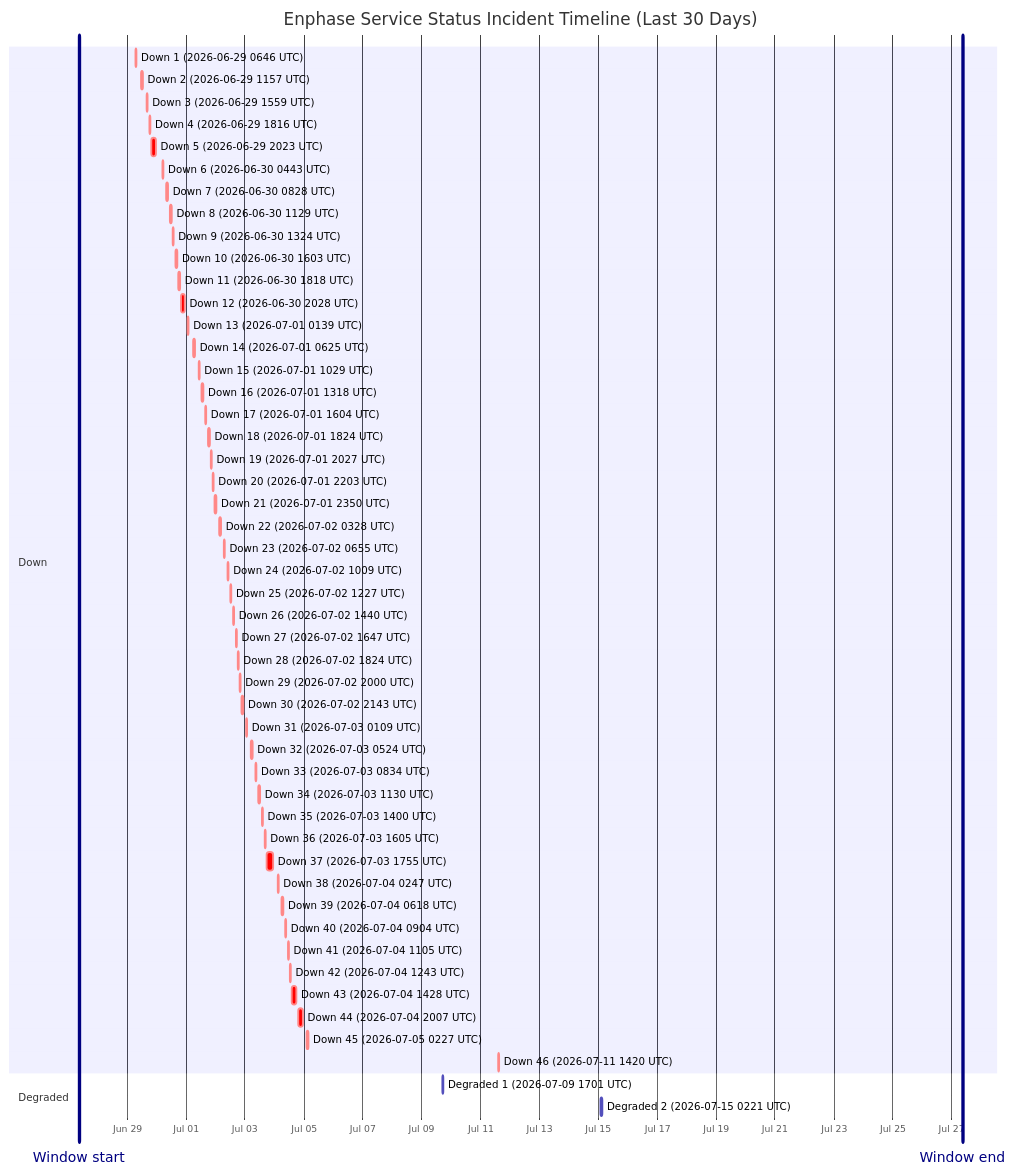
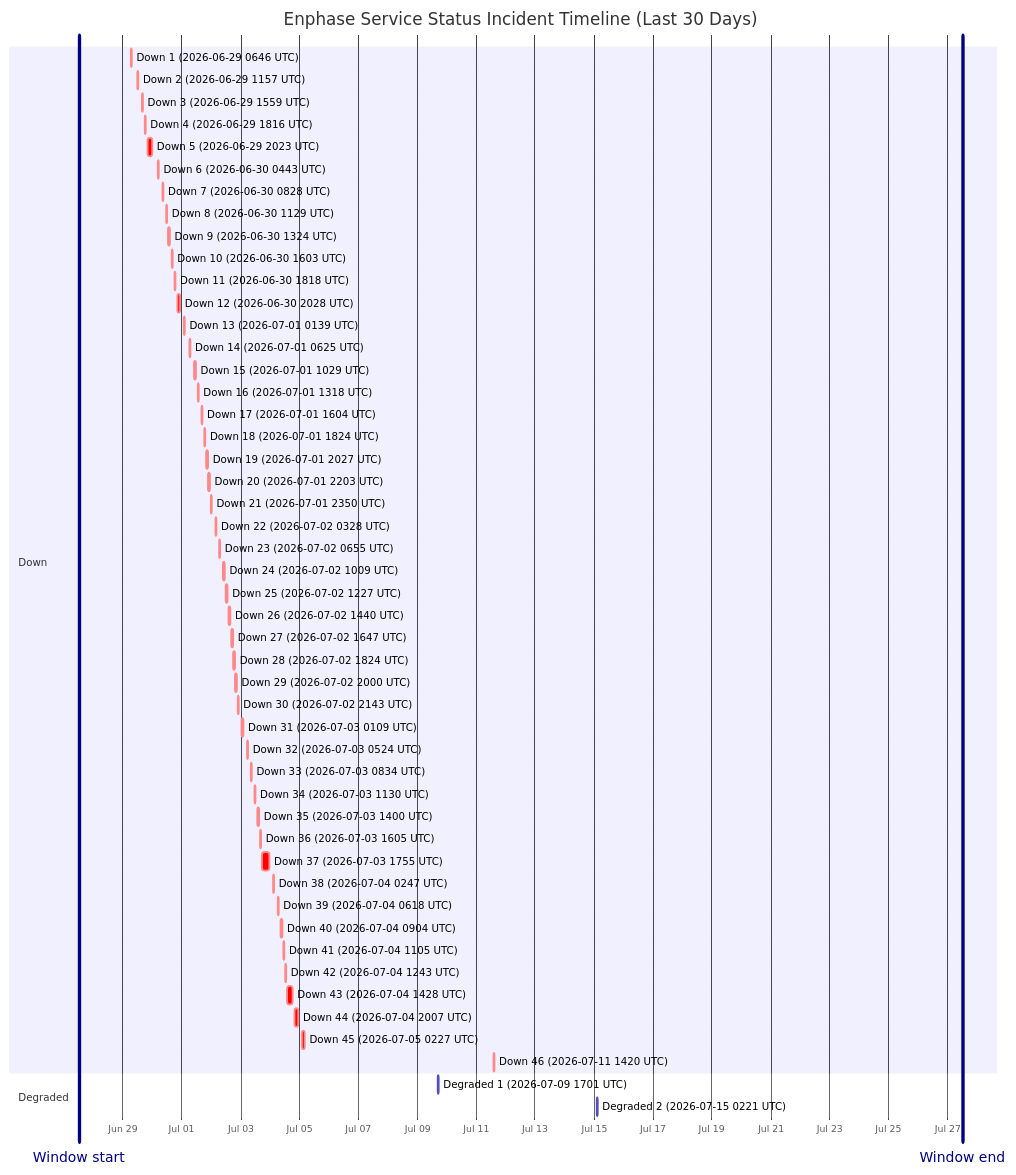
The diagram in wiki/Service-Status-History.md (barneyonline/ha-enphase-energy), drawn with Mermaid before and after one commit. The commit also changed other lines of this file and 3 other files, not shown here.

````diff
--- a/wiki/Service-Status-History.md
+++ b/wiki/Service-Status-History.md
@@ -14,58 +14,58 @@
 ```mermaid
 gantt
     title Enphase Service Status Incident Timeline (Last 30 Days)
     dateFormat  YYYY-MM-DDTHH:mm:ss
     axisFormat  %b %d
-    Window start :vert, window-start, 2026-06-27T08:53:46, 0ms
-    Window end :vert, window-end, 2026-07-27T08:53:46, 0ms
+    Window start :vert, window-start, 2026-06-27T12:21:17, 0ms
+    Window end :vert, window-end, 2026-07-27T12:21:17, 0ms
     section Down
     Down 1 (2026-06-29 0646 UTC) :crit, down-1, 2026-06-29T06:46:18, 60m
     Down 2 (2026-06-29 1157 UTC) :crit, down-2, 2026-06-29T11:57:36, 60m
     Down 3 (2026-06-29 1559 UTC) :crit, down-3, 2026-06-29T15:59:02, 60m
     Down 4 (2026-06-29 1816 UTC) :crit, down-4, 2026-06-29T18:16:38, 60m
     Down 5 (2026-06-29 2023 UTC) :crit, down-5, 2026-06-29T20:23:16, 220m
     Down 6 (2026-06-30 0443 UTC) :crit, down-6, 2026-06-30T04:43:54, 60m
     Down 7 (2026-06-30 0828 UTC) :crit, down-7, 2026-06-30T08:28:43, 60m
     Down 8 (2026-06-30 1129 UTC) :crit, down-8, 2026-06-30T11:29:15, 60m
     Down 9 (2026-06-30 1324 UTC) :crit, down-9, 2026-06-30T13:24:25, 60m
     Down 10 (2026-06-30 1603 UTC) :crit, down-10, 2026-06-30T16:03:26, 60m
     Down 11 (2026-06-30 1818 UTC) :crit, down-11, 2026-06-30T18:18:39, 60m
     Down 12 (2026-06-30 2028 UTC) :crit, down-12, 2026-06-30T20:28:54, 171m
     Down 13 (2026-07-01 0139 UTC) :crit, down-13, 2026-07-01T01:39:18, 60m
     Down 14 (2026-07-01 0625 UTC) :crit, down-14, 2026-07-01T06:25:35, 60m
     Down 15 (2026-07-01 1029 UTC) :crit, down-15, 2026-07-01T10:29:24, 60m
     Down 16 (2026-07-01 1318 UTC) :crit, down-16, 2026-07-01T13:18:31, 60m
     Down 17 (2026-07-01 1604 UTC) :crit, down-17, 2026-07-01T16:04:29, 60m
     Down 18 (2026-07-01 1824 UTC) :crit, down-18, 2026-07-01T18:24:21, 60m
     Down 19 (2026-07-01 2027 UTC) :crit, down-19, 2026-07-01T20:27:17, 60m
     Down 20 (2026-07-01 2203 UTC) :crit, down-20, 2026-07-01T22:03:46, 60m
     Down 21 (2026-07-01 2350 UTC) :crit, down-21, 2026-07-01T23:50:52, 60m
     Down 22 (2026-07-02 0328 UTC) :crit, down-22, 2026-07-02T03:28:33, 60m
     Down 23 (2026-07-02 0655 UTC) :crit, down-23, 2026-07-02T06:55:07, 60m
     Down 24 (2026-07-02 1009 UTC) :crit, down-24, 2026-07-02T10:09:15, 60m
     Down 25 (2026-07-02 1227 UTC) :crit, down-25, 2026-07-02T12:27:49, 60m
     Down 26 (2026-07-02 1440 UTC) :crit, down-26, 2026-07-02T14:40:53, 60m
     Down 27 (2026-07-02 1647 UTC) :crit, down-27, 2026-07-02T16:47:47, 60m
     Down 28 (2026-07-02 1824 UTC) :crit, down-28, 2026-07-02T18:24:26, 60m
     Down 29 (2026-07-02 2000 UTC) :crit, down-29, 2026-07-02T20:00:57, 60m
     Down 30 (2026-07-02 2143 UTC) :crit, down-30, 2026-07-02T21:43:52, 80m
     Down 31 (2026-07-03 0109 UTC) :crit, down-31, 2026-07-03T01:09:19, 60m
     Down 32 (2026-07-03 0524 UTC) :crit, down-32, 2026-07-03T05:24:23, 60m
     Down 33 (2026-07-03 0834 UTC) :crit, down-33, 2026-07-03T08:34:05, 60m
     Down 34 (2026-07-03 1130 UTC) :crit, down-34, 2026-07-03T11:30:41, 60m
     Down 35 (2026-07-03 1400 UTC) :crit, down-35, 2026-07-03T14:00:48, 60m
     Down 36 (2026-07-03 1605 UTC) :crit, down-36, 2026-07-03T16:05:49, 60m
     Down 37 (2026-07-03 1755 UTC) :crit, down-37, 2026-07-03T17:55:54, 338m
     Down 38 (2026-07-04 0247 UTC) :crit, down-38, 2026-07-04T02:47:22, 60m
     Down 39 (2026-07-04 0618 UTC) :crit, down-39, 2026-07-04T06:18:09, 60m
     Down 40 (2026-07-04 0904 UTC) :crit, down-40, 2026-07-04T09:04:41, 60m
     Down 41 (2026-07-04 1105 UTC) :crit, down-41, 2026-07-04T11:05:21, 60m
     Down 42 (2026-07-04 1243 UTC) :crit, down-42, 2026-07-04T12:43:25, 60m
     Down 43 (2026-07-04 1428 UTC) :crit, down-43, 2026-07-04T14:28:07, 243m
     Down 44 (2026-07-04 2007 UTC) :crit, down-44, 2026-07-04T20:07:50, 206m
     Down 45 (2026-07-05 0227 UTC) :crit, down-45, 2026-07-05T02:27:32, 109m
     Down 46 (2026-07-11 1420 UTC) :crit, down-46, 2026-07-11T14:20:54, 69m
     section Degraded
     Degraded 1 (2026-07-09 1701 UTC) :active, degraded-1, 2026-07-09T17:01:02, 60m
     Degraded 2 (2026-07-15 0221 UTC) :active, degraded-2, 2026-07-15T02:21:35, 60m
 ```
````
